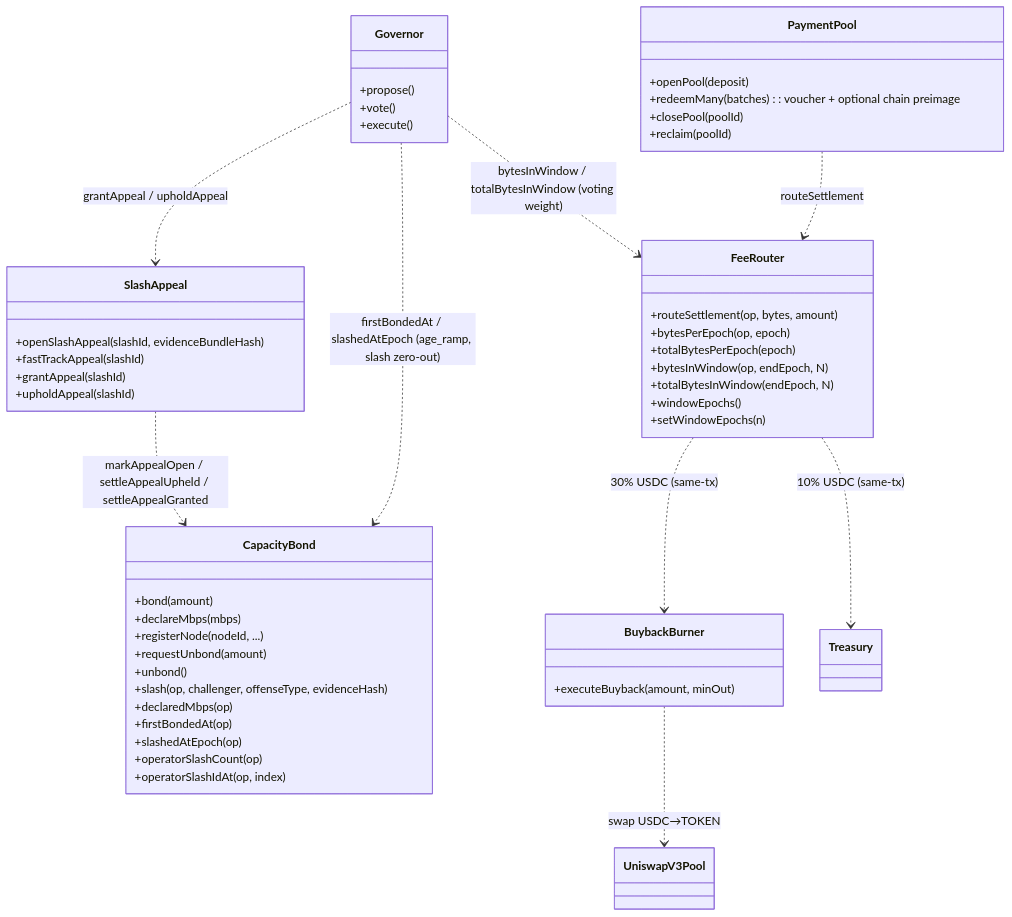
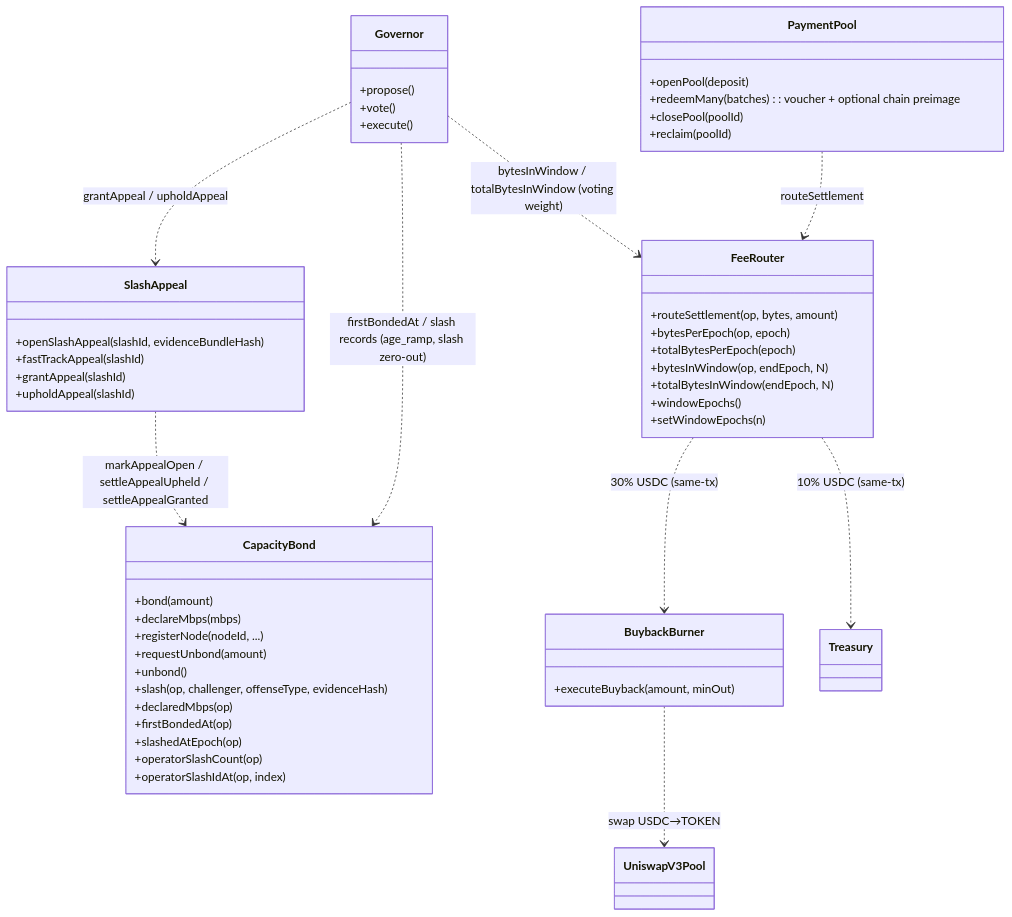
The first of 5 diagrams in adr/016-contract-interactions.md (decdn/decdn), drawn with Mermaid before and after one commit. The commit also changed other lines of this file and 7 other files, not shown here.

First line of the commit message:
fix(contracts)!: zero votes for any standing slash between window start and snapshot

````diff
--- a/adr/016-contract-interactions.md
+++ b/adr/016-contract-interactions.md
@@ -41,56 +41,56 @@
 ```mermaid
 classDiagram
     class PaymentPool {
         +openPool(deposit)
         +redeemMany(batches) : voucher + optional chain preimage
         +closePool(poolId)
         +reclaim(poolId)
     }
     class FeeRouter {
         +routeSettlement(op, bytes, amount)
         +bytesPerEpoch(op, epoch)
         +totalBytesPerEpoch(epoch)
         +bytesInWindow(op, endEpoch, N)
         +totalBytesInWindow(endEpoch, N)
         +windowEpochs()
         +setWindowEpochs(n)
     }
     class CapacityBond {
         +bond(amount)
         +declareMbps(mbps)
         +registerNode(nodeId, ...)
         +requestUnbond(amount)
         +unbond()
         +slash(op, challenger, offenseType, evidenceHash)
         +declaredMbps(op)
         +firstBondedAt(op)
         +slashedAtEpoch(op)
         +operatorSlashCount(op)
         +operatorSlashIdAt(op, index)
     }
     class BuybackBurner {
         +executeBuyback(amount, minOut)
     }
     class SlashAppeal {
         +openSlashAppeal(slashId, evidenceBundleHash)
         +fastTrackAppeal(slashId)
         +grantAppeal(slashId)
         +upholdAppeal(slashId)
     }
     class Governor {
         +propose()
         +vote()
         +execute()
     }
     class Treasury
     class UniswapV3Pool
 
     PaymentPool ..> FeeRouter : routeSettlement
     FeeRouter ..> BuybackBurner : 30% USDC (same-tx)
     FeeRouter ..> Treasury : 10% USDC (same-tx)
     BuybackBurner ..> UniswapV3Pool : swap USDC→TOKEN
     Governor ..> FeeRouter : bytesInWindow / totalBytesInWindow (voting weight)
-    Governor ..> CapacityBond : firstBondedAt / slashedAtEpoch (age_ramp, slash zero-out)
+    Governor ..> CapacityBond : firstBondedAt / slash records (age_ramp, slash zero-out)
     SlashAppeal ..> CapacityBond : markAppealOpen / settleAppealUpheld / settleAppealGranted
     Governor ..> SlashAppeal : grantAppeal / upholdAppeal
 ```
````
